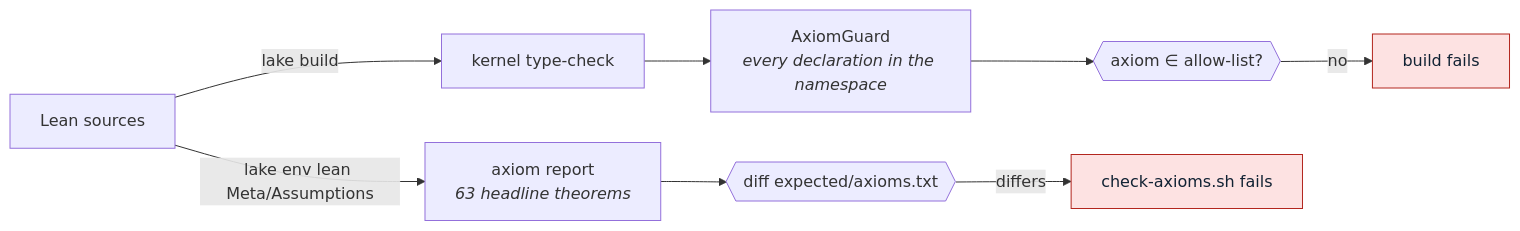
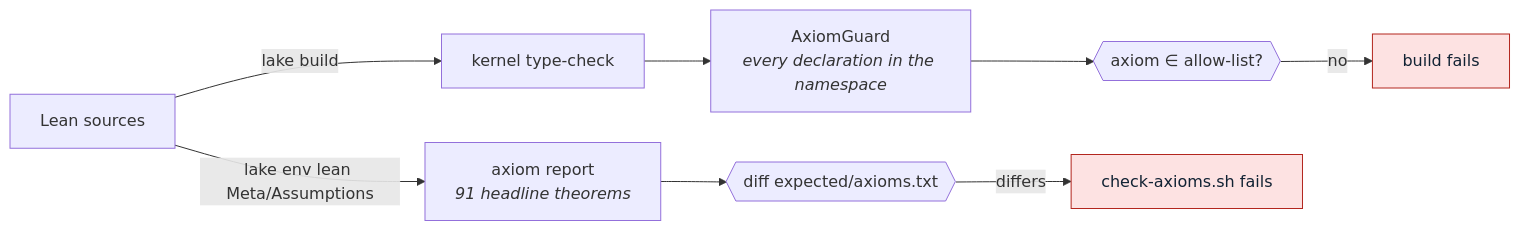
One commit to lelantos-org/circuits changed the second of 3 diagrams in lean/README.md. Above: the diagram before and after it, drawn with Mermaid. The commit also changed other lines of this file and 119 other files, not shown here.

````diff
--- a/lean/README.md
+++ b/lean/README.md
@@ -442,16 +551,16 @@
 ```mermaid
 flowchart LR
     SRC["Lean sources"]
 
     SRC -->|"lake build"| KERNEL["kernel type-check"]
     KERNEL --> GUARD["AxiomGuard<br/><i>every declaration in the namespace</i>"]
     GUARD --> ALLOW{{"axiom ∈ allow-list?"}}
     ALLOW -->|no| FAILB["build fails"]
 
-    SRC -->|"lake env lean Meta/Assumptions"| PRINT["axiom report<br/><i>63 headline theorems</i>"]
+    SRC -->|"lake env lean Meta/Assumptions"| PRINT["axiom report<br/><i>91 headline theorems</i>"]
     PRINT --> DIFF{{"diff expected/axioms.txt"}}
     DIFF -->|differs| FAILA["check-axioms.sh fails"]
 
     classDef fail fill:#fde2e2,stroke:#b3261e,color:#123
     class FAILA,FAILB fail
 ```
````
